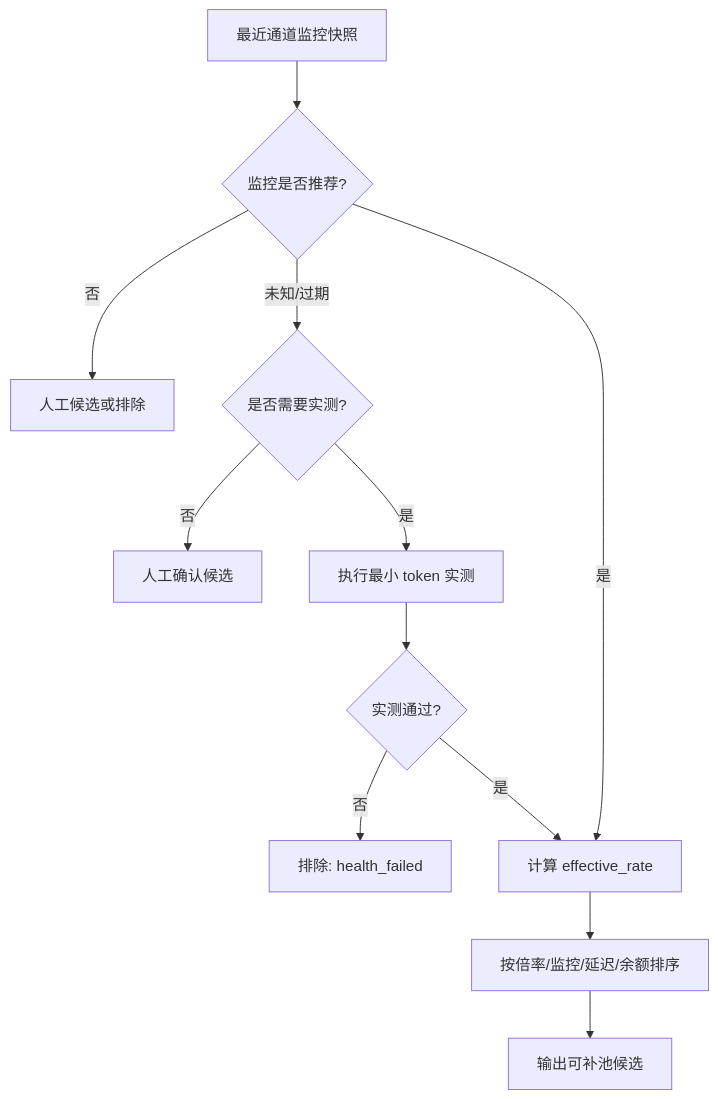
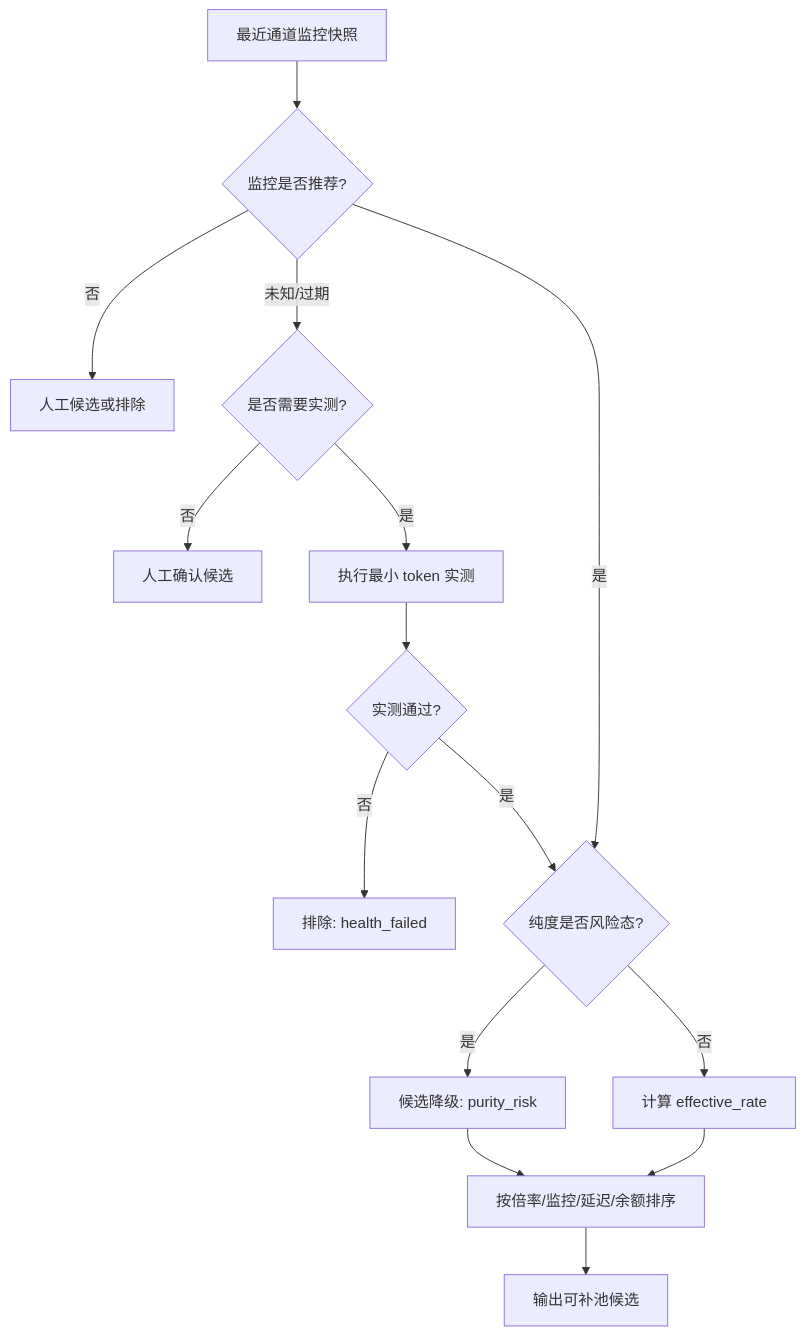
The seventh of 10 diagrams in docs/roadmap/supplier-architecture/03-sync-detection.md (openrelayllm/sub2api-admin-plus), drawn with Mermaid before and after one commit. The commit also changed other lines of this file and 17 other files, not shown here.

````diff
--- a/docs/roadmap/supplier-architecture/03-sync-detection.md
+++ b/docs/roadmap/supplier-architecture/03-sync-detection.md
@@ -175,14 +179,17 @@
 ```mermaid
 flowchart TD
     L[最近通道监控快照] --> M{监控是否推荐?}
     M -->|否| M1[人工候选或排除]
     M -->|未知/过期| N{是否需要实测?}
     N -->|否| N1[人工确认候选]
     N -->|是| O[执行最小 token 实测]
-    M -->|是| P[计算 effective_rate]
+    M -->|是| P{纯度是否风险态?}
+    P -->|是| P1[候选降级: purity_risk]
+    P -->|否| P2[计算 effective_rate]
     O --> Q{实测通过?}
     Q -->|否| Q1[排除: health_failed]
     Q -->|是| P
-    P --> R[按倍率/监控/延迟/余额排序]
+    P2 --> R[按倍率/监控/延迟/余额排序]
+    P1 --> R
     R --> S[输出可补池候选]
 ```
````
